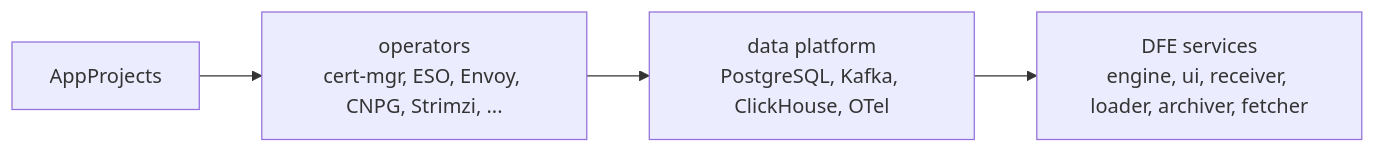
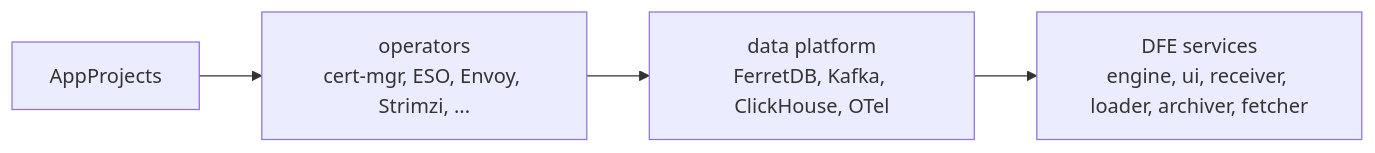
One commit to hyperi-io/dfe-infra changed the second of 4 diagrams in docs/deployment/on-prem.md. Above: the diagram before and after it, drawn with Mermaid. The commit also changed other lines of this file and 51 other files, not shown here.

````diff
--- a/docs/deployment/on-prem.md
+++ b/docs/deployment/on-prem.md
@@ -85,6 +85,6 @@
 ```mermaid
 flowchart LR
-  W1["AppProjects"] --> W2["operators<br/>cert-mgr, ESO, Envoy, CNPG, Strimzi, ..."]
-  W2 --> W4["data platform<br/>PostgreSQL, Kafka, ClickHouse, OTel"]
+  W1["AppProjects"] --> W2["operators<br/>cert-mgr, ESO, Envoy, Strimzi, ..."]
+  W2 --> W4["data platform<br/>FerretDB, Kafka, ClickHouse, OTel"]
   W4 --> W5["DFE services<br/>engine, ui, receiver, loader, archiver, fetcher"]
 ```
````
